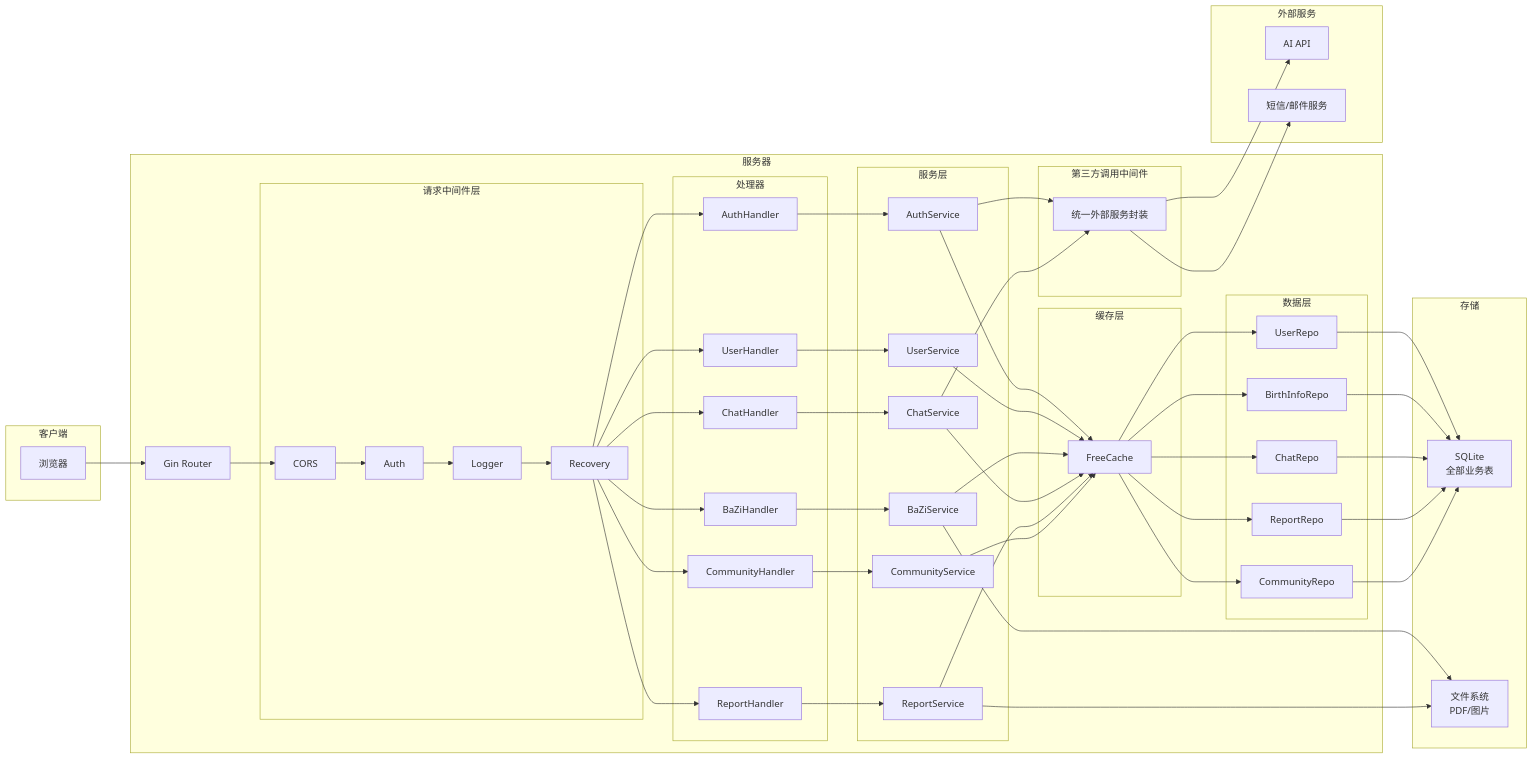
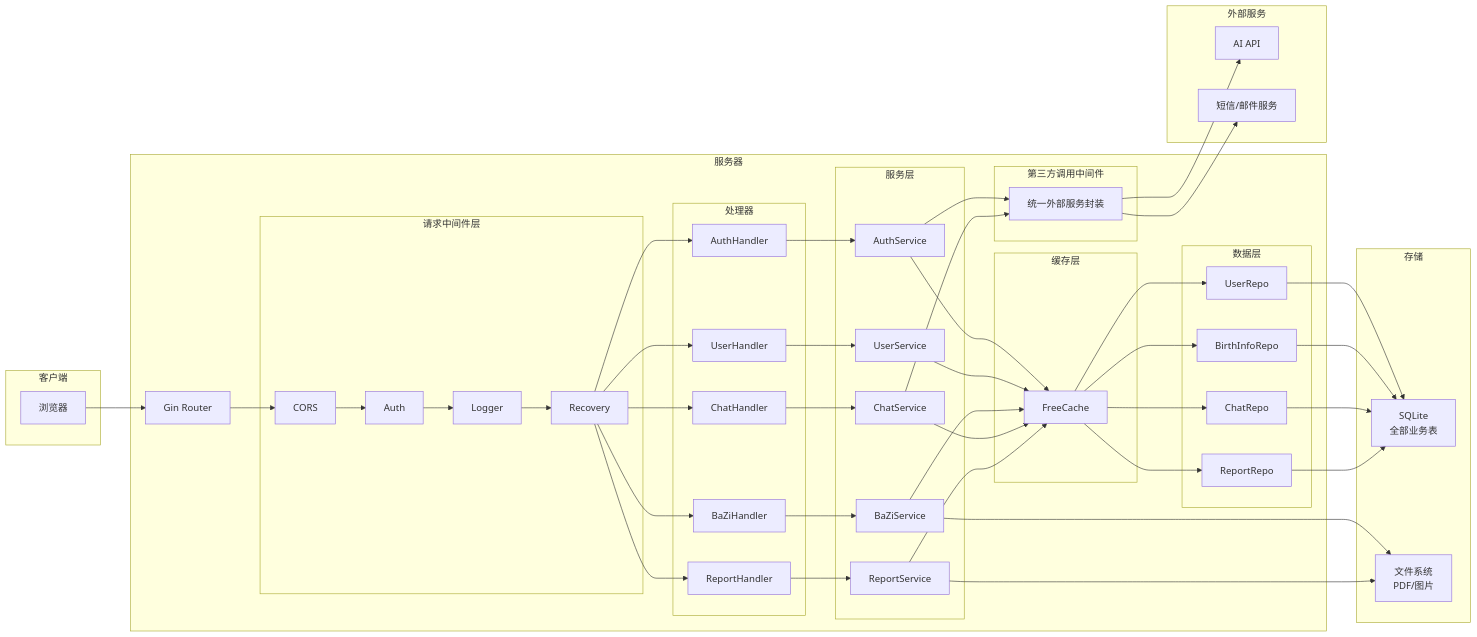
One commit to J-W-M/text changed the second of 3 diagrams in .trae/documents/architecture.md. Above: the diagram before and after it, drawn with Mermaid. The commit also changed other lines of this file and 1 other file, not shown here.

```diff
--- a/.trae/documents/architecture.md
+++ b/.trae/documents/architecture.md
@@ -351,7 +326,6 @@
             D3["BaZiHandler"]
             D4["ChatHandler"]
             D5["ReportHandler"]
-            D6["CommunityHandler"]
         end
         
         subgraph Services["服务层"]
@@ -360,7 +334,6 @@
             E3["BaZiService"]
             E4["ChatService"]
             E5["ReportService"]
-            E6["CommunityService"]
         end
         
         subgraph CacheLayer["缓存层"]
@@ -376,7 +349,6 @@
             F2["BirthInfoRepo"]
             F3["ChatRepo"]
             F4["ReportRepo"]
-            F5["CommunityRepo"]
         end
     end
     
@@ -392,21 +364,19 @@
     
     A --> B
     B --> C1 --> C2 --> C3 --> C4
-    C4 --> D1 & D2 & D3 & D4 & D5 & D6
+    C4 --> D1 & D2 & D3 & D4 & D5
     D1 --> E1
     D2 --> E2
     D3 --> E3
     D4 --> E4
     D5 --> E5
-    D6 --> E6
     E1 --> CA
     E2 --> CA
     E3 --> CA
     E4 --> CA
     E5 --> CA
-    E6 --> CA
-    CA --> F1 & F2 & F3 & F4 & F5
-    F1 & F2 & F3 & F4 & F5 --> G
+    CA --> F1 & F2 & F3 & F4
+    F1 & F2 & F3 & F4 --> G
     E3 --> H
     E5 --> H
     E1 --> EA
```
